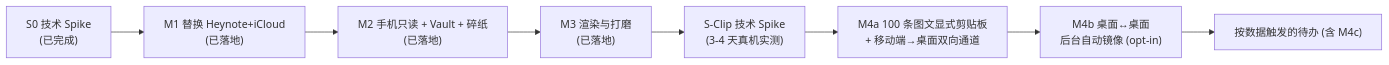
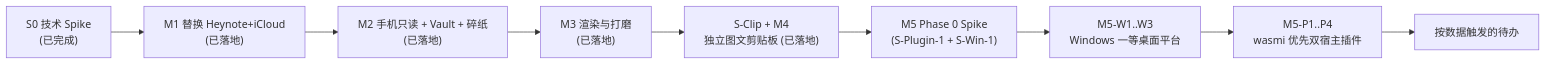
The eighth of 8 diagrams in docs/architecture-proposal.md (gray0128/my-note), drawn with Mermaid before and after one commit. The commit also changed other lines of this file and 18 other files, not shown here.

````diff
--- a/docs/architecture-proposal.md
+++ b/docs/architecture-proposal.md
@@ -731,10 +784,11 @@
 ```mermaid
 flowchart LR
     S0["S0 技术 Spike<br/>(已完成)"] --> M1["M1 替换 Heynote+iCloud<br/>(已落地)"]
     M1 --> M2["M2 手机只读 + Vault + 碎纸<br/>(已落地)"]
     M2 --> M3["M3 渲染与打磨<br/>(已落地)"]
-    M3 --> SC["S-Clip 技术 Spike<br/>(3-4 天真机实测)"]
-    SC --> M4a["M4a 100 条图文显式剪贴板<br/>+ 移动端→桌面双向通道"]
-    M4a --> M4b["M4b 桌面↔桌面<br/>后台自动镜像 (opt-in)"]
-    M4b --> T["按数据触发的待办 (含 M4c)"]
+    M3 --> SC["S-Clip + M4<br/>独立图文剪贴板 (已落地)"]
+    SC --> SP["M5 Phase 0 Spike<br/>(S-Plugin-1 + S-Win-1)"]
+    SP --> M5W["M5-W1..W3<br/>Windows 一等桌面平台"]
+    M5W --> M5P["M5-P1..P4<br/>wasmi 优先双宿主插件"]
+    M5P --> T["按数据触发的待办"]
 ```
````
